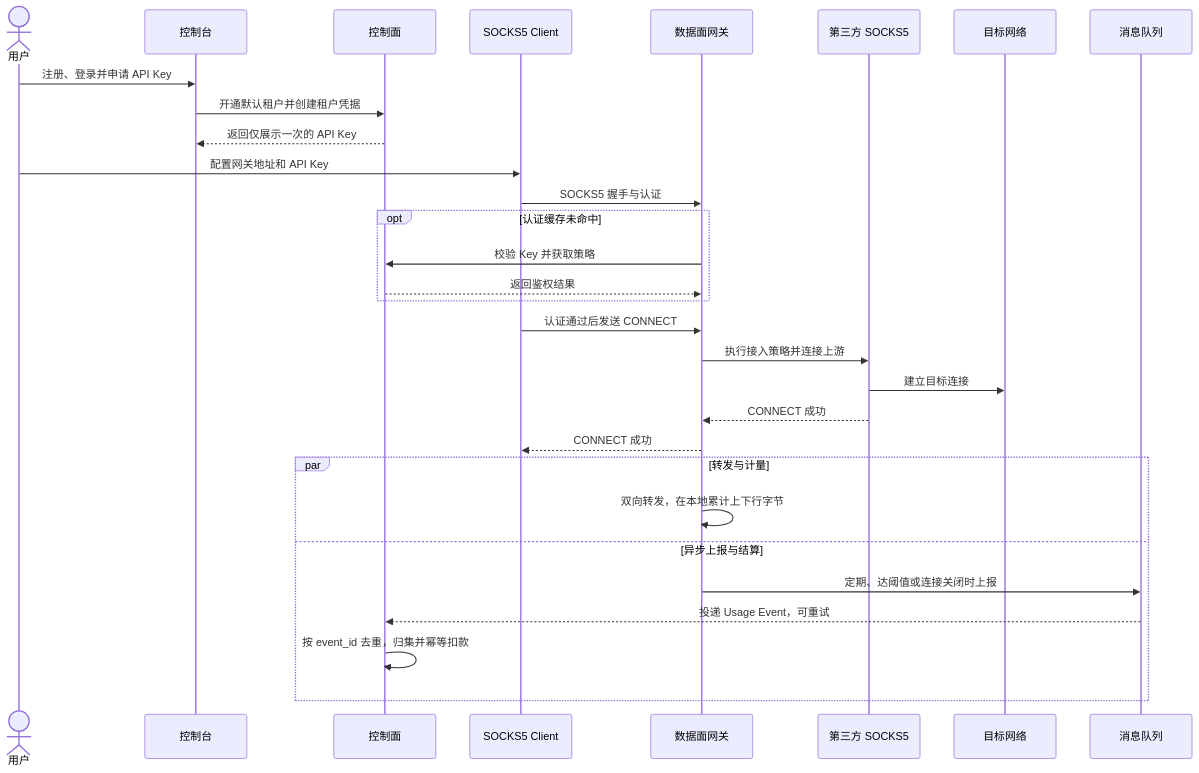
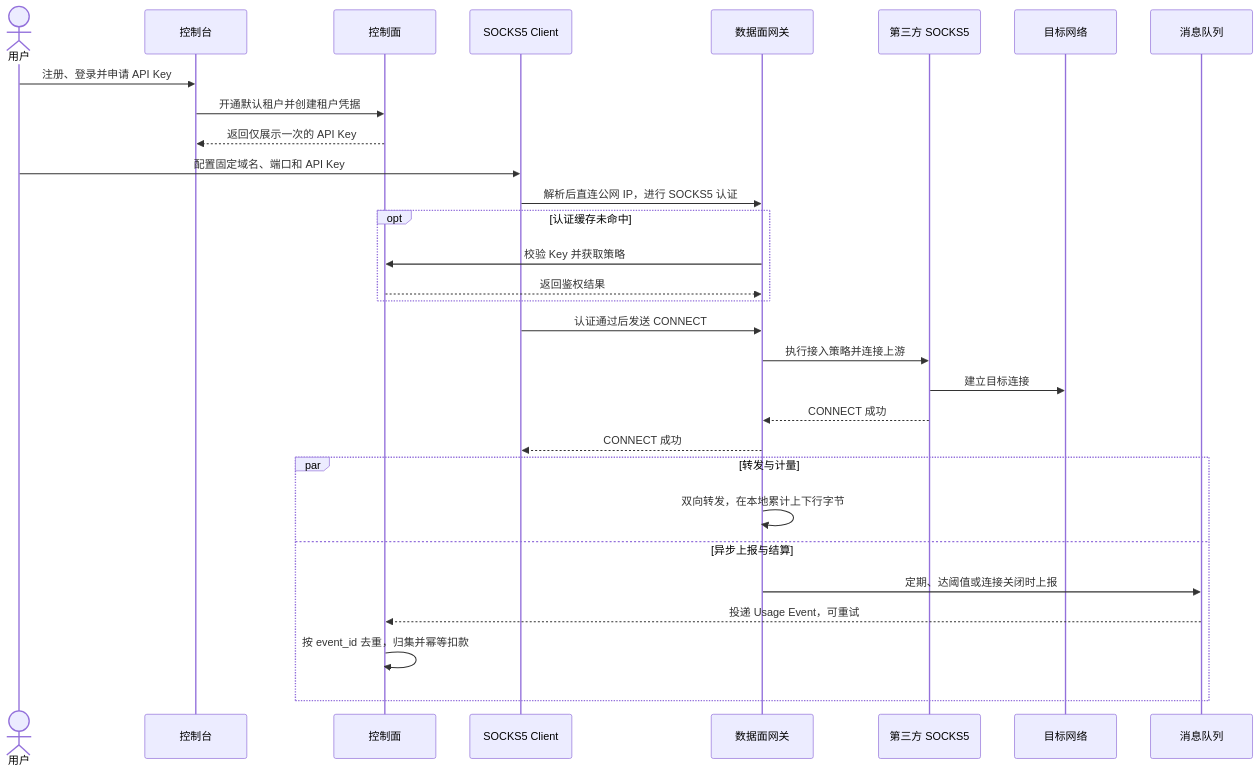
The third of 4 diagrams in docs/multi-tenant-proxy-architecture.md (DuanJinTaoToday/proxy), drawn with Mermaid before and after one commit. The commit also changed other lines of this file and 2 other files, not shown here.

````diff
--- a/docs/multi-tenant-proxy-architecture.md
+++ b/docs/multi-tenant-proxy-architecture.md
@@ -49,32 +51,32 @@
 ```mermaid
 sequenceDiagram
     actor U as 用户
     participant UI as 控制台
     participant C as 控制面
     participant CL as SOCKS5 Client
     participant G as 数据面网关
     participant UP as 第三方 SOCKS5
     participant T as 目标网络
     participant Q as 消息队列
     U->>UI: 注册、登录并申请 API Key
     UI->>C: 开通默认租户并创建租户凭据
     C-->>UI: 返回仅展示一次的 API Key
-    U->>CL: 配置网关地址和 API Key
-    CL->>G: SOCKS5 握手与认证
+    U->>CL: 配置固定域名、端口和 API Key
+    CL->>G: 解析后直连公网 IP，进行 SOCKS5 认证
     opt 认证缓存未命中
         G->>C: 校验 Key 并获取策略
         C-->>G: 返回鉴权结果
     end
     CL->>G: 认证通过后发送 CONNECT
     G->>UP: 执行接入策略并连接上游
     UP->>T: 建立目标连接
     UP-->>G: CONNECT 成功
     G-->>CL: CONNECT 成功
     par 转发与计量
         G->>G: 双向转发，在本地累计上下行字节
     and 异步上报与结算
         G->>Q: 定期、达阈值或连接关闭时上报
         Q-->>C: 投递 Usage Event，可重试
         C->>C: 按 event_id 去重，归集并幂等扣款
     end
 ```
````
